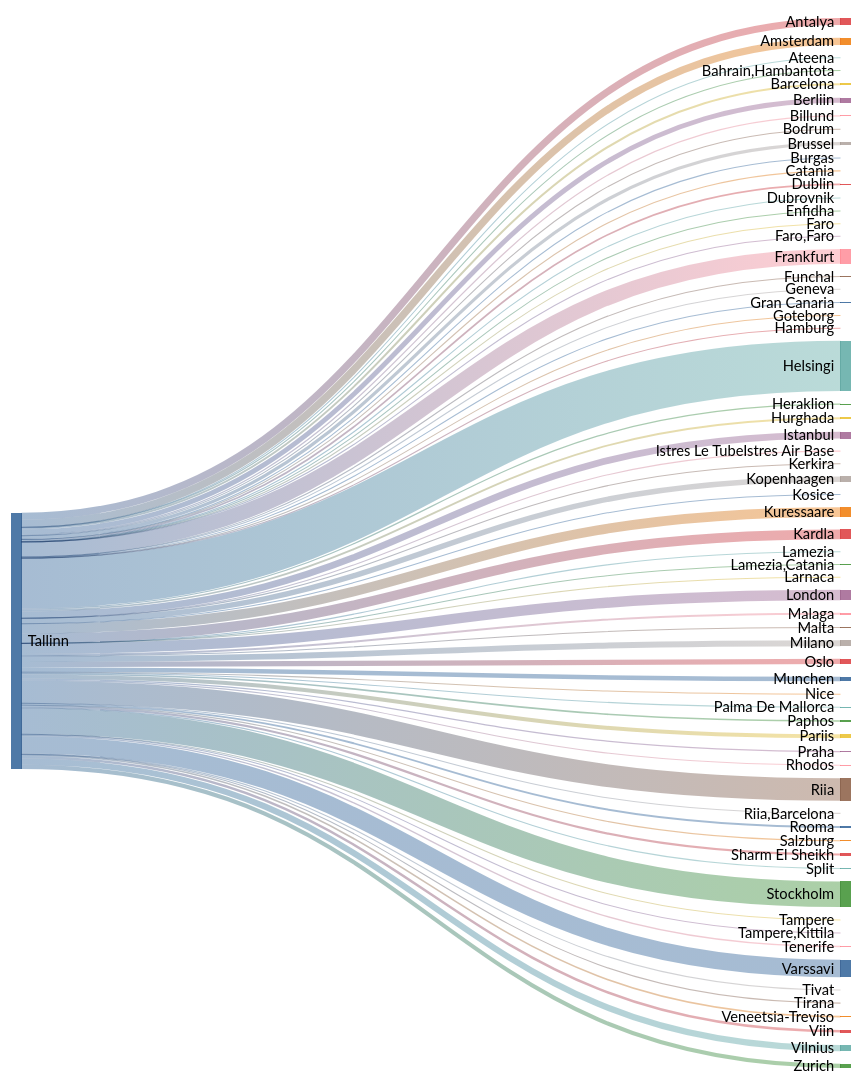
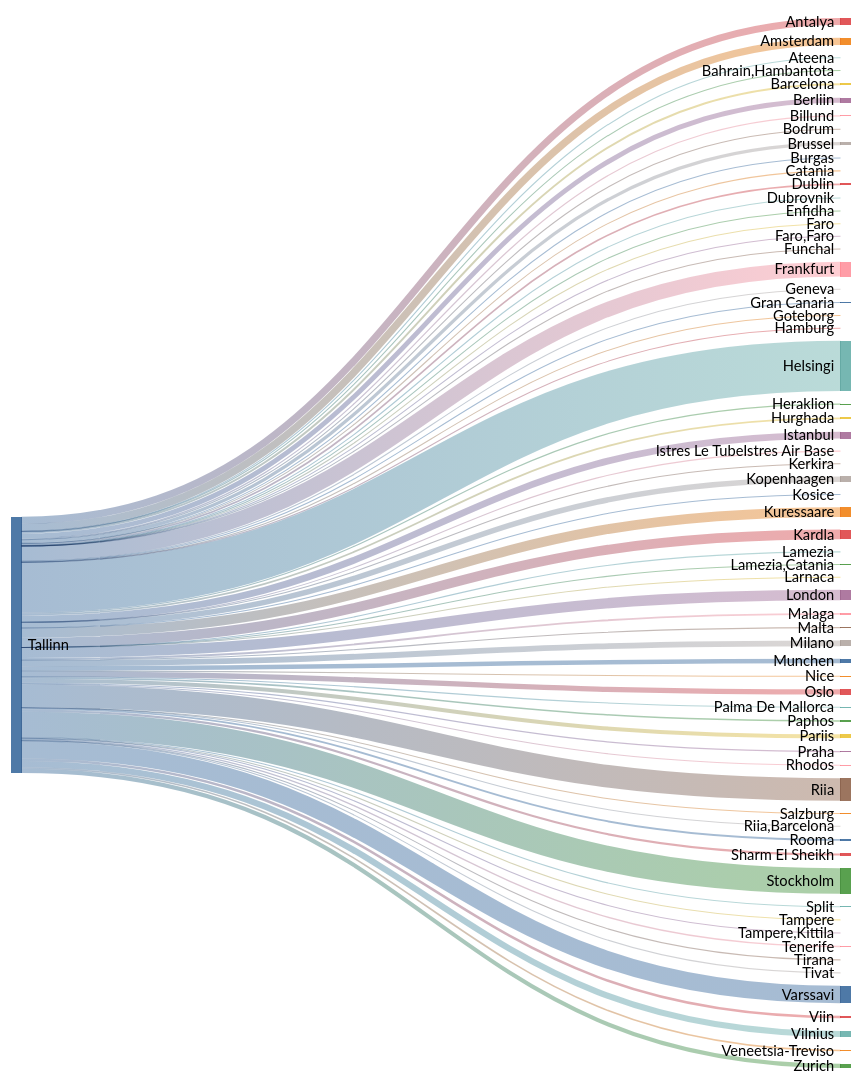
One commit to rainermesi/tll-airport-departures changed the second of 2 diagrams in README.md. Above: the diagram before and after it, drawn with Mermaid (forest theme). The commit also changed other lines of this file and 1 other file, not shown here.

````diff
--- a/README.md
+++ b/README.md
@@ -34,77 +34,77 @@
 ```mermaid
 ---
 config:
   sankey:
     showValues: false
     width: 800
     height: 1000
 ---
 sankey-beta
 %% source,target,value
-Tallinn,Amsterdam,307
-Tallinn,Antalya,297
+Tallinn,Amsterdam,309
+Tallinn,Antalya,299
 Tallinn,Ateena,16
 Tallinn,"Bahrain,Hambantota",1
 Tallinn,Barcelona,84
 Tallinn,Berliin,206
 Tallinn,Billund,51
 Tallinn,Bodrum,11
-Tallinn,Brussel,136
+Tallinn,Brussel,137
 Tallinn,Burgas,22
 Tallinn,Catania,2
-Tallinn,Dublin,69
+Tallinn,Dublin,70
 Tallinn,Dubrovnik,21
 Tallinn,Enfidha,7
 Tallinn,Faro,4
 Tallinn,"Faro,Faro",1
-Tallinn,Frankfurt,628
+Tallinn,Frankfurt,631
 Tallinn,Funchal,5
 Tallinn,Geneva,13
 Tallinn,Gran Canaria,38
 Tallinn,Goteborg,1
 Tallinn,Hamburg,2
-Tallinn,Helsingi,2115
+Tallinn,Helsingi,2125
 Tallinn,Heraklion,50
 Tallinn,Hurghada,75
-Tallinn,Istanbul,285
+Tallinn,Istanbul,286
 Tallinn,Istres Le TubeIstres Air Base,2
 Tallinn,Kerkira,4
-Tallinn,Kopenhaagen,230
+Tallinn,Kopenhaagen,233
 Tallinn,Kosice,1
-Tallinn,Kuressaare,411
-Tallinn,Kardla,411
+Tallinn,Kuressaare,413
+Tallinn,Kardla,413
 Tallinn,Lamezia,1
 Tallinn,"Lamezia,Catania",3
 Tallinn,Larnaca,4
-Tallinn,London,439
-Tallinn,Malaga,81
+Tallinn,London,441
+Tallinn,Malaga,82
 Tallinn,Malta,16
 Tallinn,Milano,247
-Tallinn,Munchen,191
+Tallinn,Munchen,192
 Tallinn,Nice,27
-Tallinn,Oslo,224
+Tallinn,Oslo,225
 Tallinn,Palma De Mallorca,20
 Tallinn,Paphos,66
-Tallinn,Pariis,169
+Tallinn,Pariis,170
 Tallinn,Praha,52
 Tallinn,Rhodos,34
-Tallinn,Riia,953
+Tallinn,Riia,958
 Tallinn,"Riia,Barcelona",1
 Tallinn,Rooma,80
 Tallinn,Salzburg,14
 Tallinn,Sharm El Sheikh,92
 Tallinn,Split,27
-Tallinn,Stockholm,1082
+Tallinn,Stockholm,1086
 Tallinn,Tampere,17
 Tallinn,"Tampere,Kittila",21
 Tallinn,Tenerife,58
 Tallinn,Tirana,8
-Tallinn,Tivat,28
-Tallinn,Varssavi,732
+Tallinn,Tivat,29
+Tallinn,Varssavi,735
 Tallinn,Veneetsia-Treviso,67
 Tallinn,Viin,106
-Tallinn,Vilnius,260
-Tallinn,Zurich,175
+Tallinn,Vilnius,262
+Tallinn,Zurich,176
 
 
 ```
````
